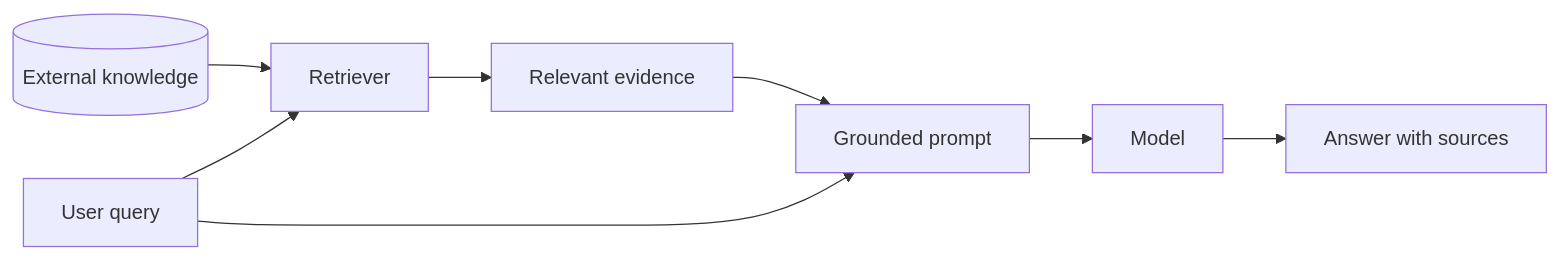
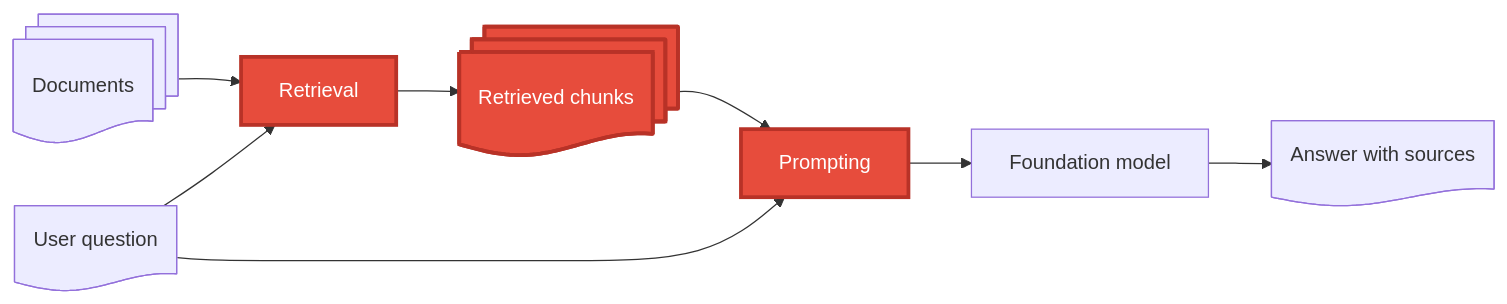
Before and after one commit to w4bo/AA2627-unibo-dcai: the second of 20 diagrams in slides/02-rag.qmd, drawn with Mermaid. The commit also changed other lines of this file and 2 other files, not shown here.

````diff
--- a/slides/02-rag.qmd
+++ b/slides/02-rag.qmd
@@ -258,11 +248,14 @@
 ```{mermaid}
 %%| echo: false
 flowchart LR
-  D[(External knowledge)] --> R[Retriever]
-  Q2[User query] --> R[Retriever]
-  R --> C[Relevant evidence]
-  C --> G[Grounded prompt]
-  Q2 --> G
-  G --> M2[Model]
-  M2 --> A2[Answer with sources]
+  D@{ shape: docs, label: "Documents" } --> R[Retrieval]
+  Q@{ shape: doc, label: "User question" } --> R
+  R --> C@{ shape: docs, label: "Retrieved chunks" }
+  C --> P[Prompting]
+  Q --> P
+  P --> M[Foundation model]
+  M --> A@{ shape: doc, label: "Answer with sources" }
+
+  classDef focus fill:#e74c3c,color:#fff,stroke:#b83227,stroke-width:3px
+  class R,C,P focus
 ```
````
